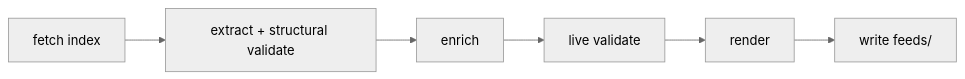
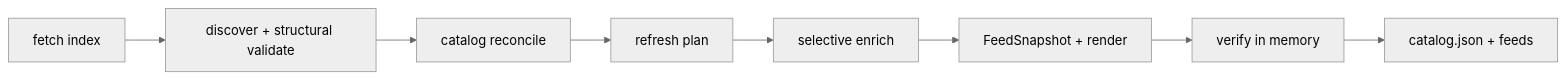
Before and after one commit to wyattowalsh/paul-graham-essay-feeds: the diagram in DOCS.md, drawn with Mermaid (neutral theme). The commit also changed other lines of this file and 12 other files, not shown here.

````diff
--- a/DOCS.md
+++ b/DOCS.md
@@ -75,8 +80,10 @@
 ```mermaid
 flowchart LR
-  A[fetch index] --> B[extract + structural validate]
-  B --> C[enrich]
-  C --> D[live validate]
-  D --> E[render]
-  E --> F[write feeds/]
+  A[fetch index] --> B[discover + structural validate]
+  B --> C[catalog reconcile]
+  C --> D[refresh plan]
+  D --> E[selective enrich]
+  E --> F[FeedSnapshot + render]
+  F --> G[verify in memory]
+  G --> H[catalog.json + feeds]
 ```
````
